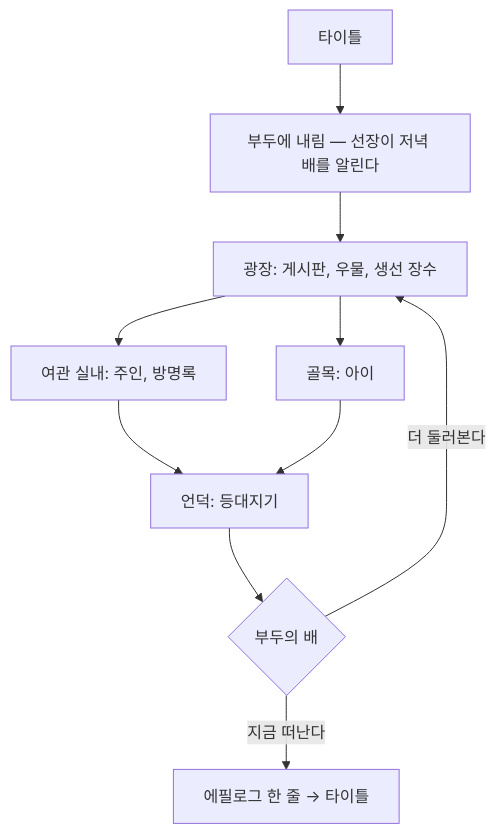
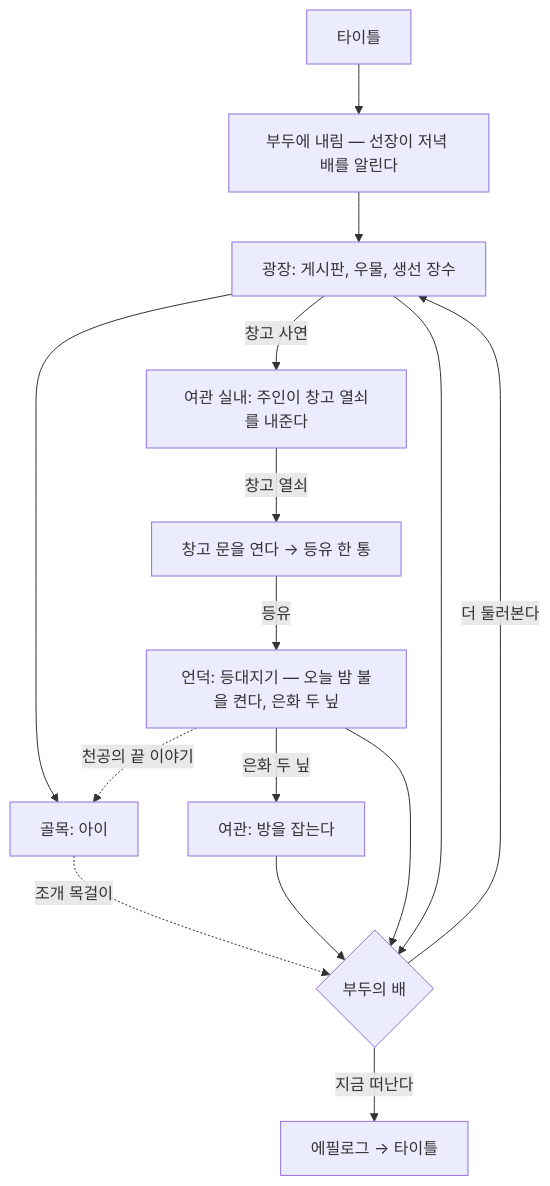
Before and after one commit to biud436/Initial2D: the diagram in docs/design/port-town.md, drawn with Mermaid. The commit also changed other lines of this file and 27 other files, not shown here.

````diff
--- a/docs/design/port-town.md
+++ b/docs/design/port-town.md
@@ -44,12 +44,17 @@
 ```mermaid
 graph TD
     T[타이틀] --> A[부두에 내림 — 선장이 저녁 배를 알린다]
     A --> B[광장: 게시판, 우물, 생선 장수]
-    B --> C[여관 실내: 주인, 방명록]
+    B -->|창고 사연| C[여관 실내: 주인이 창고 열쇠를 내준다]
+    C -->|창고 열쇠| W[창고 문을 연다 → 등유 한 통]
+    W -->|등유| E[언덕: 등대지기 — 오늘 밤 불을 켠다, 은화 두 닢]
+    E -->|은화 두 닢| R[여관: 방을 잡는다]
     B --> D[골목: 아이]
-    C --> E[언덕: 등대지기]
-    D --> E
-    E --> F{부두의 배}
-    F -->|지금 떠난다| G[에필로그 한 줄 → 타이틀]
+    E -.->|천공의 끝 이야기| D
+    D -.->|조개 목걸이| F
+    R --> F{부두의 배}
+    E --> F
+    B --> F
+    F -->|지금 떠난다| G[에필로그 → 타이틀]
     F -->|더 둘러본다| B
 ```
````
